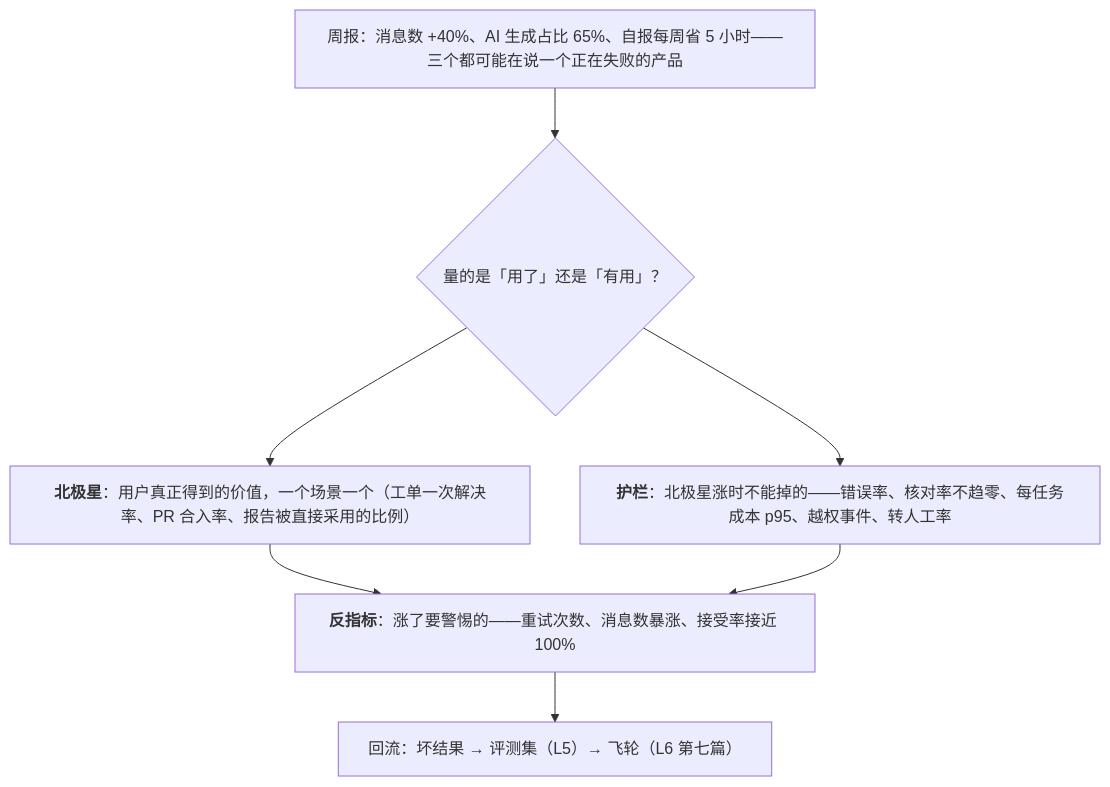
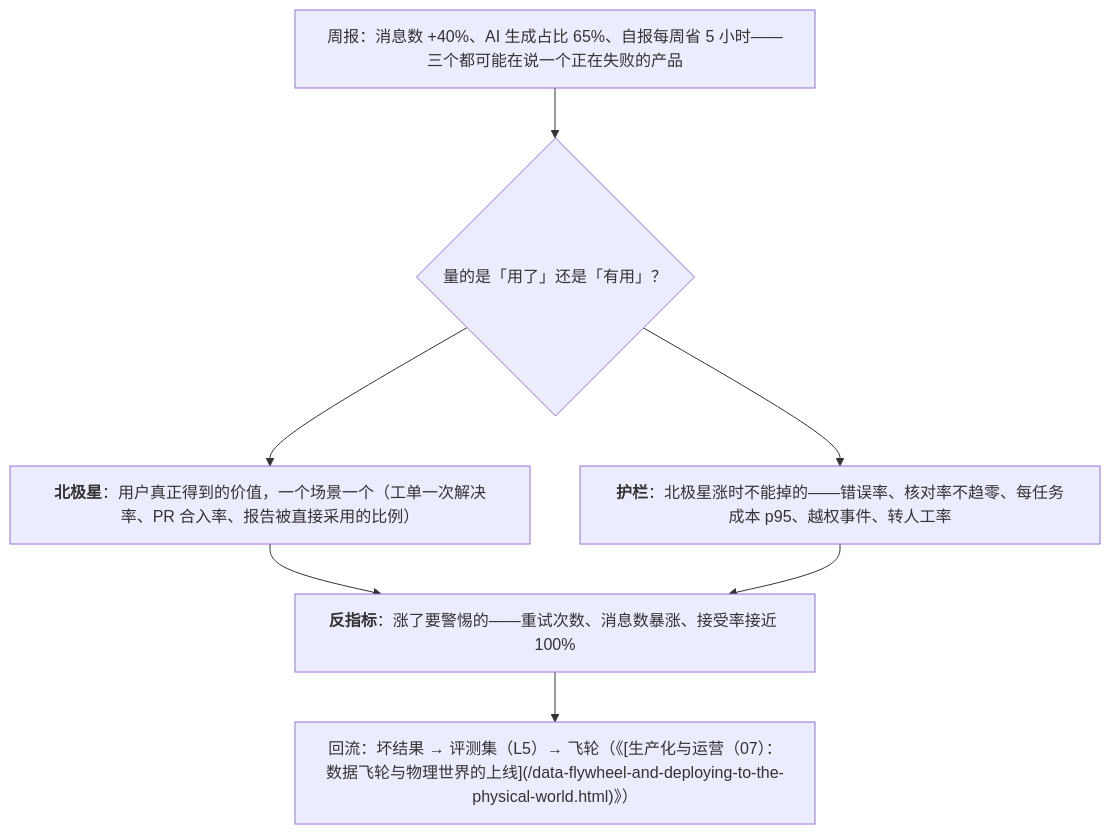
The sixth of 6 diagrams in slides/2026-11-20-product-and-experience.md (arganzheng/arganzheng.github.com), drawn with Mermaid before and after one commit. The commit also changed 128 other files, not shown here.

Commit message:
（01）预训练端到端：MPS 定义、Common Crawl 配比列表、六章改名「定长的训练样本」补切碎文档的说明与打包示意图、自测竖线转义（#245）；全站 L 层简写引用换成《系列名》链接（#244）

````diff
--- a/slides/2026-11-20-product-and-experience.md
+++ b/slides/2026-11-20-product-and-experience.md
@@ -192,10 +192,10 @@
 ```mermaid
 %%{init: {"flowchart": {"wrappingWidth": 460}}}%%
 flowchart TB
     W["周报：消息数 +40%、AI 生成占比 65%、自报每周省 5 小时——三个都可能在说一个正在失败的产品"] --> Q{"量的是「用了」还是「有用」？"}
     Q --> N["<b>北极星</b>：用户真正得到的价值，一个场景一个（工单一次解决率、PR 合入率、报告被直接采用的比例）"]
     Q --> G["<b>护栏</b>：北极星涨时不能掉的——错误率、核对率不趋零、每任务成本 p95、越权事件、转人工率"]
     N & G --> F["<b>反指标</b>：涨了要警惕的——重试次数、消息数暴涨、接受率接近 100%"]
-    F --> B["回流：坏结果 → 评测集（L5）→ 飞轮（L6 第七篇）"]
+    F --> B["回流：坏结果 → 评测集（L5）→ 飞轮（《[生产化与运营（07）：数据飞轮与物理世界的上线](/data-flywheel-and-deploying-to-the-physical-world.html)》）"]
 
 ```
````
